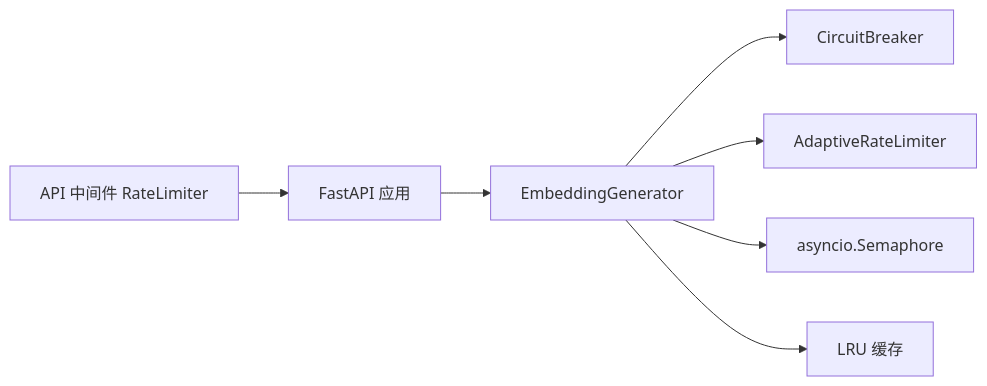
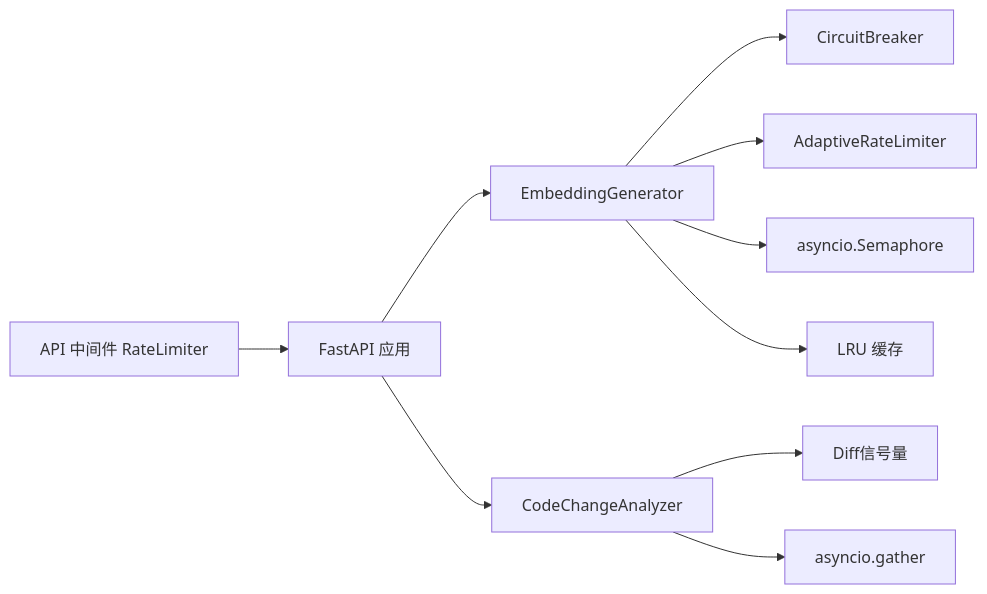
Before and after one commit to boyingliu01/fault-review-analyzer: the eighth of 8 diagrams in .qoder/repowiki/zh/content/LLM集成模块/性能优化策略/并发控制机制/并发控制机制.md, drawn with Mermaid. The commit also changed other lines of this file and 125 other files, not shown here.

````diff
--- a/.qoder/repowiki/zh/content/LLM集成模块/性能优化策略/并发控制机制/并发控制机制.md
+++ b/.qoder/repowiki/zh/content/LLM集成模块/性能优化策略/并发控制机制/并发控制机制.md
@@ -307,9 +383,12 @@
 ```mermaid
 graph LR
 MW["API 中间件 RateLimiter"] --> App["FastAPI 应用"]
 App --> Gen["EmbeddingGenerator"]
+App --> Analyzer["CodeChangeAnalyzer"]
 Gen --> CB["CircuitBreaker"]
 Gen --> Lim["AdaptiveRateLimiter"]
 Gen --> Sem["asyncio.Semaphore"]
 Gen --> Cache["LRU 缓存"]
+Analyzer --> DiffSem["Diff信号量"]
+Analyzer --> Gather["asyncio.gather"]
 ```
````
